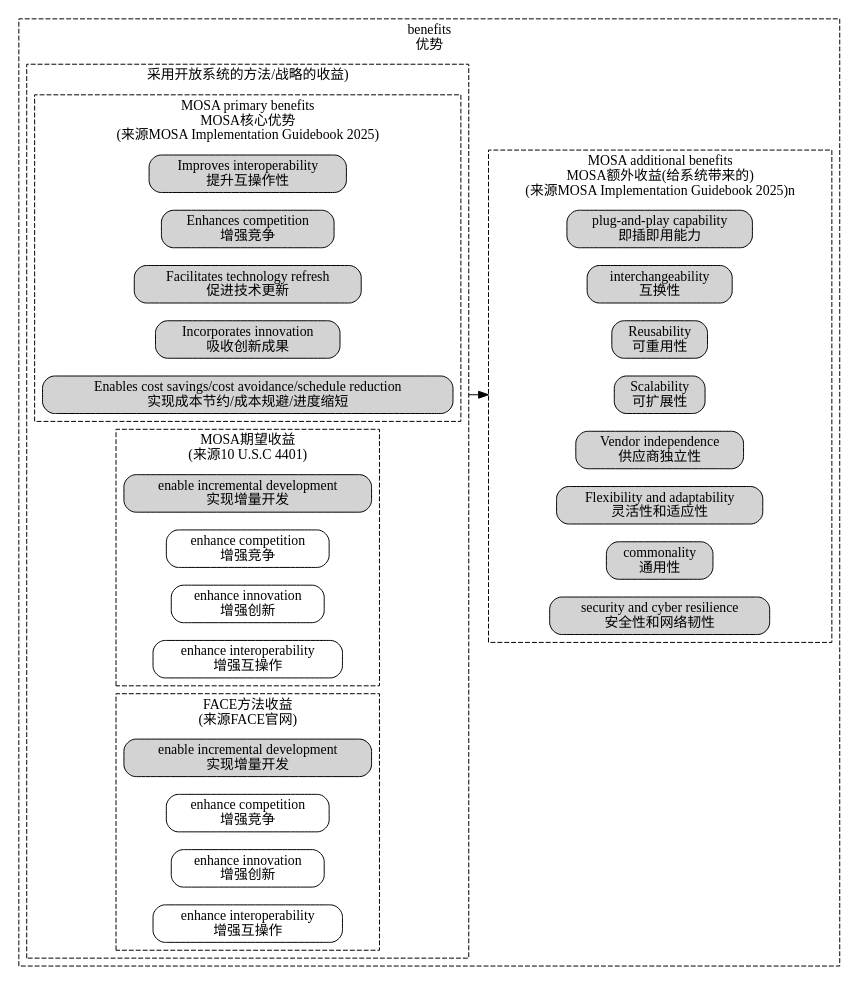
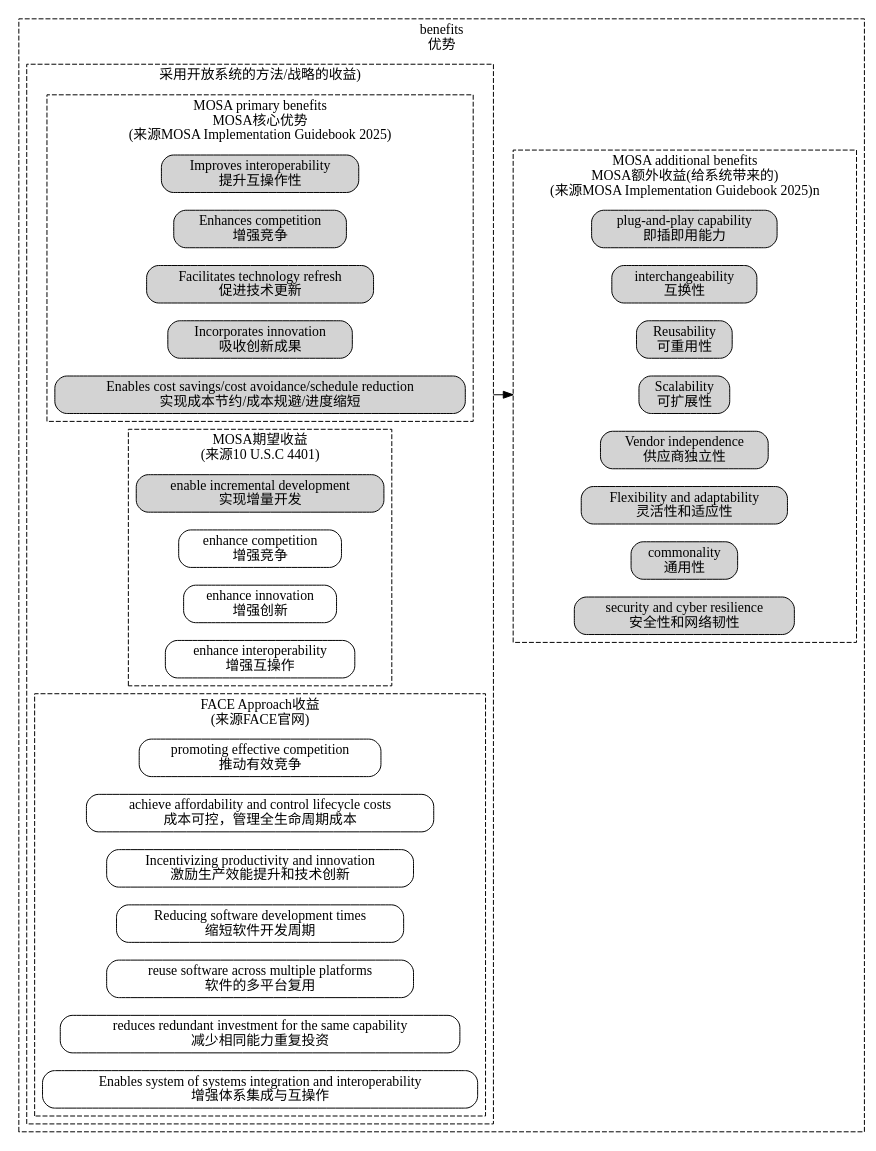
One commit to chaozhang2000/soa changed the diagram in parts/soa_feature_benifits.dot. Above: the diagram before and after it, drawn with Graphviz. The commit also changed 2 other files, not shown here.

```diff
--- a/parts/soa_feature_benifits.dot
+++ b/parts/soa_feature_benifits.dot
@@ -1,52 +1,55 @@
 digraph G {
   graph [rankdir=LR,compound=true];
   node [shape=box, style="rounded,filled"];
 subgraph cluster_MOSA_benefits{
 	label="benefits\n优势"
 	style = dashed;
 subgraph cluster_MOSA_benefits1{
 	label="采用开放系统的方法/战略的收益)"
 	style = dashed;
 	
 	subgraph cluster_MOSA_primary_benefits{
 	label="MOSA primary benefits\nMOSA核心优势\n(来源MOSA Implementation Guidebook 2025)"
 	style = dashed;
 	MOSA_Benefit1[label="Improves interoperability\n提升互操作性"]
 	MOSA_Benefit2[label="Enhances competition\n增强竞争"]
 	MOSA_Benefit3[label="Facilitates technology refresh\n促进技术更新"]
 	MOSA_Benefit4[label="Incorporates innovation\n吸收创新成果"]
 	MOSA_Benefit5[label="Enables cost savings/cost avoidance/schedule reduction\n实现成本节约/成本规避/进度缩短"]
 	}
 subgraph cluster_MOSA_benefits2{
 	label="MOSA期望收益\n(来源10 U.S.C 4401)"
 	style = dashed;
 	MOSA_Benefit14[label="enable incremental development\n实现增量开发"]
 	MOSA_Benefit15[label="enhance competition\n增强竞争",color=black,fillcolor=white]
 	MOSA_Benefit16[label="enhance innovation\n增强创新",color=black,fillcolor=white]
 	MOSA_Benefit17[label="enhance interoperability\n增强互操作",color=black,fillcolor=white]
 }
 subgraph cluster_FACE_benefits2{
-	label="FACE方法收益\n(来源FACE官网)"
+	label="FACE Approach收益\n(来源FACE官网)"
 	style = dashed;
-	FACE_Benefit0[label="enable incremental development\n实现增量开发"]
-	FACE_Benefit1[label="enhance competition\n增强竞争",color=black,fillcolor=white]
-	FACE_Benefit2[label="enhance innovation\n增强创新",color=black,fillcolor=white]
-	FACE_Benefit3[label="enhance interoperability\n增强互操作",color=black,fillcolor=white]
+	FACE_Benefit0[label="promoting effective competition\n推动有效竞争",color=black,fillcolor=white]
+	FACE_Benefit1[label="achieve affordability and control lifecycle costs\n成本可控，管理全生命周期成本",color=black,fillcolor=white]
+	FACE_Benefit2[label="Incentivizing productivity and innovation\n激励生产效能提升和技术创新",color=black,fillcolor=white]
+	FACE_Benefit3[label="Reducing software development times\n缩短软件开发周期",color=black,fillcolor=white]
+	FACE_Benefit4[label="reuse software across multiple platforms\n软件的多平台复用",color=black,fillcolor=white]
+	FACE_Benefit5[label="reduces redundant investment for the same capability\n减少相同能力重复投资",color=black,fillcolor=white]
+	FACE_Benefit6[label="Enables system of systems integration and interoperability\n增强体系集成与互操作",color=black,fillcolor=white]
 }
 }
 	subgraph cluster_MOSA_additional_benefits{
 	label="MOSA additional benefits\nMOSA额外收益(给系统带来的)\n(来源MOSA Implementation Guidebook 2025)n"
 	style = dashed;
 	MOSA_Benefit6[label="plug-and-play capability\n即插即用能力"]
 	MOSA_Benefit7[label="interchangeability\n互换性"]
 	MOSA_Benefit8[label="Reusability\n可重用性"]
 	MOSA_Benefit9[label="Scalability\n可扩展性"]
 	MOSA_Benefit10[label="Vendor independence\n供应商独立性"]
 	MOSA_Benefit11[label="Flexibility and adaptability\n灵活性和适应性"]
 	MOSA_Benefit12[label="commonality\n通用性"]
 	MOSA_Benefit13[label="security and cyber resilience\n安全性和网络韧性"]
 	}
 }
 MOSA_Benefit5->MOSA_Benefit9[lhead = "cluster_MOSA_additional_benefits",ltail = "cluster_MOSA_benefits1"]
 //MOSA_Benefit1->MOSA_Benefit14[style=invis]
 }
```
